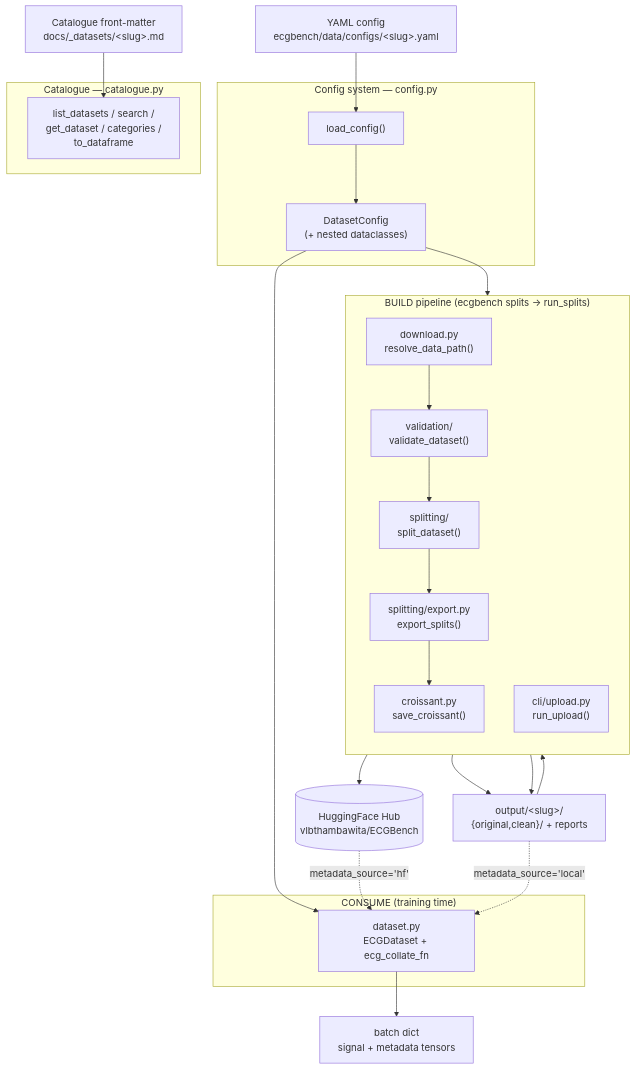
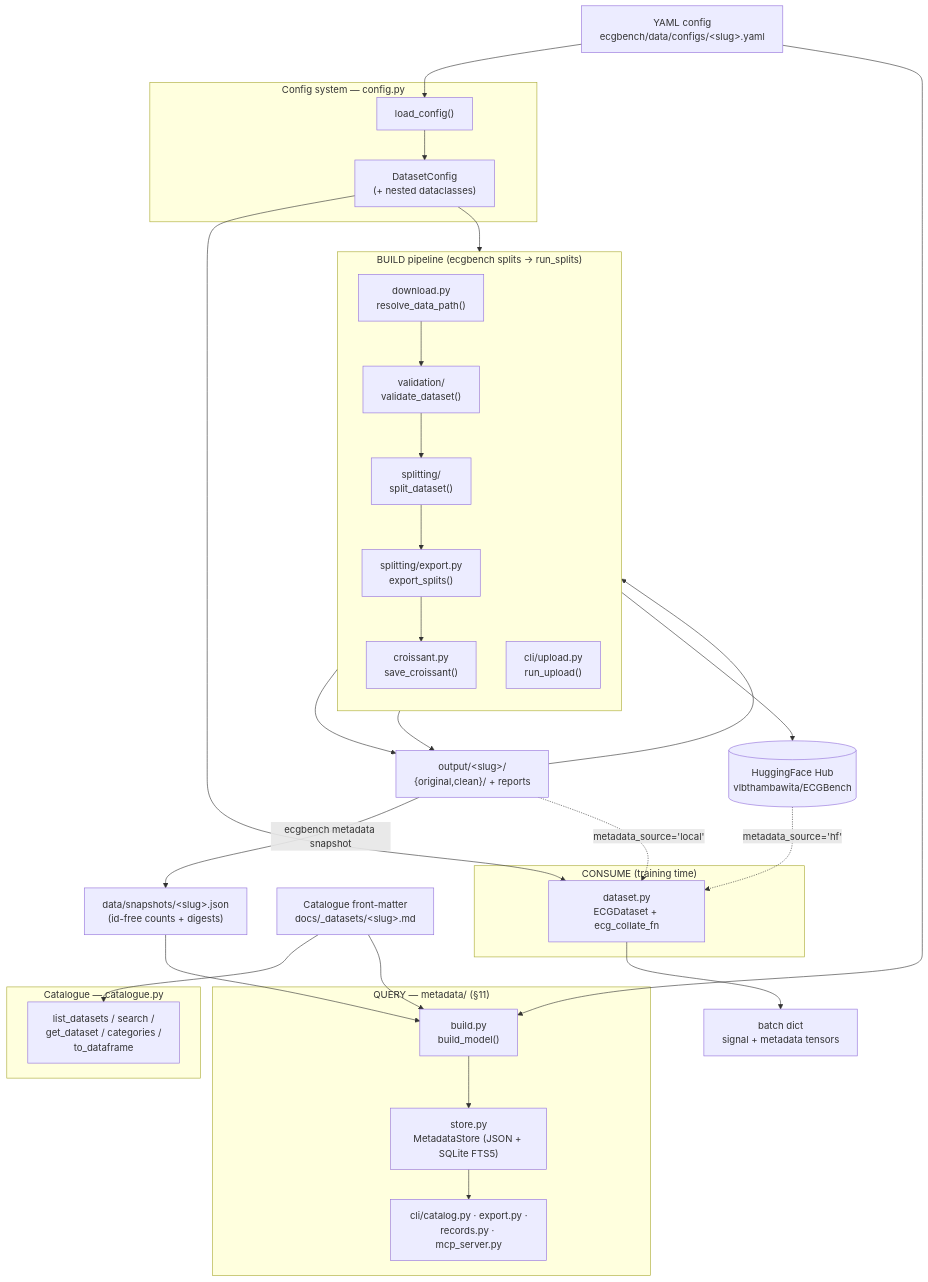
One commit to vlbthambawita/ECGBench changed the first of 21 diagrams in ECGBench_architecture/ARCHITECTURE.md. Above: the diagram before and after it, drawn with Mermaid. The commit also changed other lines of this file and 5 other files, not shown here.

````diff
--- a/ECGBench_architecture/ARCHITECTURE.md
+++ b/ECGBench_architecture/ARCHITECTURE.md
@@ -21,44 +24,56 @@
 ```mermaid
 flowchart TB
     YAML["YAML config<br/>ecgbench/data/configs/&lt;slug&gt;.yaml"]
     MD["Catalogue front-matter<br/>docs/_datasets/&lt;slug&gt;.md"]
 
     subgraph CFG["Config system — config.py"]
         load_config["load_config()"]
         DatasetConfig["DatasetConfig<br/>(+ nested dataclasses)"]
     end
 
     subgraph CAT["Catalogue — catalogue.py"]
         list_datasets["list_datasets / search /<br/>get_dataset / categories /<br/>to_dataframe"]
     end
 
     subgraph BUILD["BUILD pipeline (ecgbench splits → run_splits)"]
         direction TB
         download["download.py<br/>resolve_data_path()"]
         validation["validation/<br/>validate_dataset()"]
         splitting["splitting/<br/>split_dataset()"]
         export["splitting/export.py<br/>export_splits()"]
         croissant["croissant.py<br/>save_croissant()"]
         upload["cli/upload.py<br/>run_upload()"]
     end
 
     subgraph CONSUME["CONSUME (training time)"]
         ECGDataset["dataset.py<br/>ECGDataset + ecg_collate_fn"]
     end
 
+    subgraph META["QUERY — metadata/ (§11)"]
+        build_model["build.py<br/>build_model()"]
+        store["store.py<br/>MetadataStore (JSON + SQLite FTS5)"]
+        views["cli/catalog.py · export.py ·<br/>records.py · mcp_server.py"]
+    end
+
     HF[("HuggingFace Hub<br/>vlbthambawita/ECGBench")]
     OUT["output/&lt;slug&gt;/<br/>{original,clean}/ + reports"]
+    SNAP["data/snapshots/&lt;slug&gt;.json<br/>(id-free counts + digests)"]
 
     YAML --> load_config --> DatasetConfig
     MD --> list_datasets
 
     DatasetConfig --> download --> validation --> splitting --> export --> croissant
     export --> OUT
     croissant --> OUT
     OUT --> upload --> HF
 
     DatasetConfig --> ECGDataset
     HF -. "metadata_source='hf'" .-> ECGDataset
+
+    YAML --> build_model
+    MD --> build_model
+    OUT -- "ecgbench metadata snapshot" --> SNAP --> build_model
+    build_model --> store --> views
     OUT -. "metadata_source='local'" .-> ECGDataset
     ECGDataset --> Batch["batch dict<br/>signal + metadata tensors"]
 ```
````
